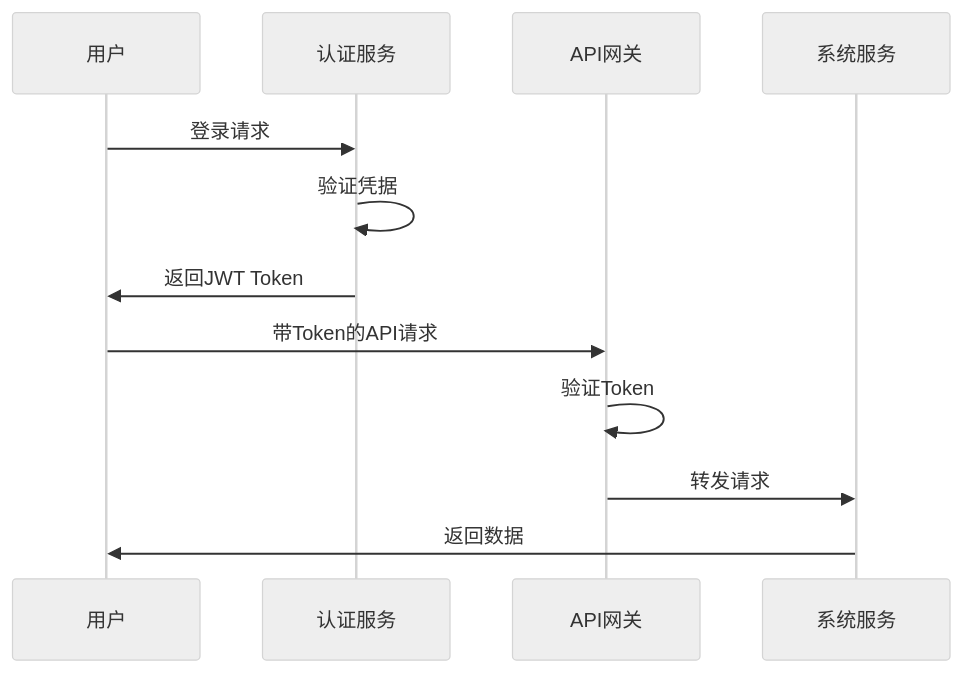
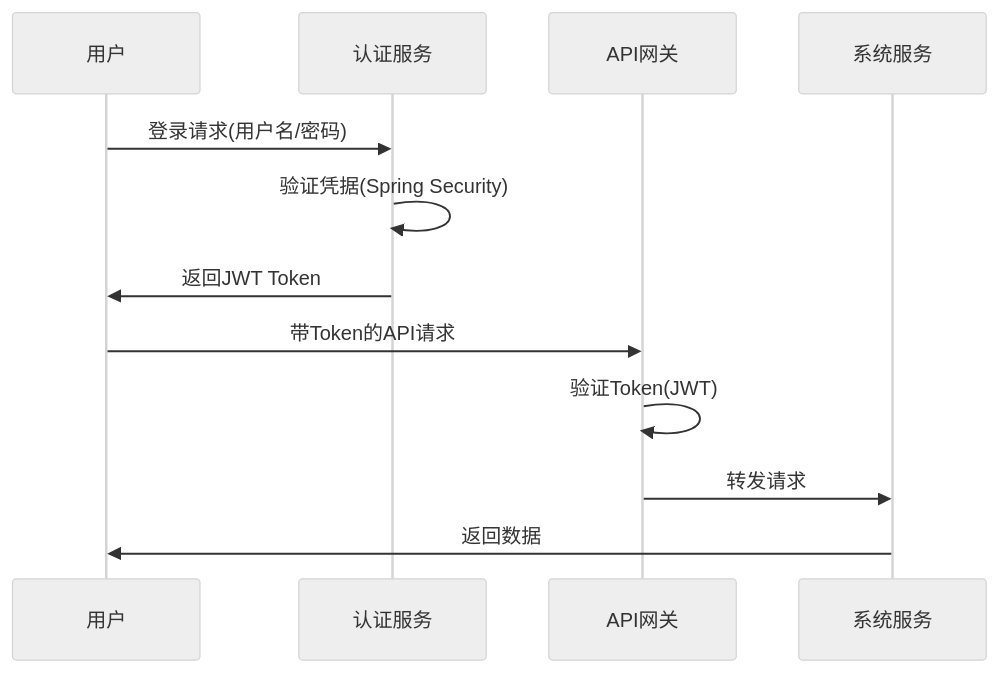
Before and after one commit to haiyangxhy/end2end-testing-service: the third of 6 diagrams in .qoder/quests/system-testing-platform-development.md, drawn with Mermaid (neutral theme). The commit also changed other lines of this file, not shown here.

````diff
--- a/.qoder/quests/system-testing-platform-development.md
+++ b/.qoder/quests/system-testing-platform-development.md
@@ -182,15 +202,15 @@
 ```mermaid
 sequenceDiagram
     participant U as 用户
     participant A as 认证服务
     participant G as API网关
     participant S as 系统服务
     
-    U->>A: 登录请求
-    A->>A: 验证凭据
+    U->>A: 登录请求(用户名/密码)
+    A->>A: 验证凭据(Spring Security)
     A->>U: 返回JWT Token
     U->>G: 带Token的API请求
-    G->>G: 验证Token
+    G->>G: 验证Token(JWT)
     G->>S: 转发请求
     S->>U: 返回数据
 ```
````
